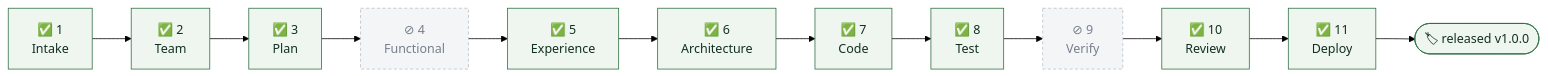
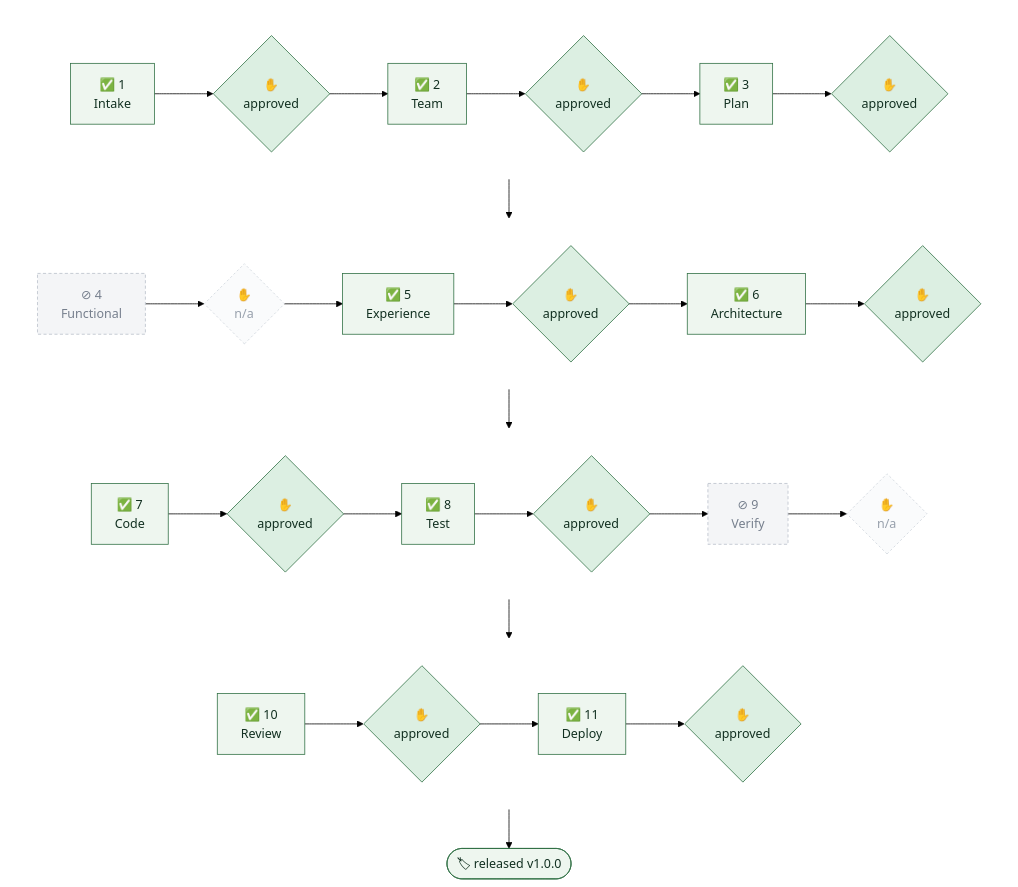
The first of 5 diagrams in admin/PORTFOLIO_STATUS.md (tandonakhil/AICluadeCode), drawn with Mermaid (forest theme) before and after one commit. The commit also changed other lines of this file and 5 other files, not shown here.

First line of the commit message:
Graph: wrap at 7 boxes, human checkpoints as activated steps, mandatory control

````diff
--- a/admin/PORTFOLIO_STATUS.md
+++ b/admin/PORTFOLIO_STATUS.md
@@ -39,13 +39,40 @@
 ```mermaid
-flowchart LR
-  G1["✅ 1<br/>Intake"] --> G2["✅ 2<br/>Team"] --> G3["✅ 3<br/>Plan"]
-  G3 --> G4["⊘ 4<br/>Functional"] --> G5["✅ 5<br/>Experience"]
-  G5 --> G6["✅ 6<br/>Architecture"] --> G7["✅ 7<br/>Code"] --> G8["✅ 8<br/>Test"]
-  G8 --> G9["⊘ 9<br/>Verify"] --> G10["✅ 10<br/>Review"] --> G11["✅ 11<br/>Deploy"]
-  G11 --> REL(["🏷 released v1.0.0"])
-
+flowchart TB
+  subgraph r1 [" "]
+    direction LR
+    G1["✅ 1<br/>Intake"] --> H1{"✋<br/>approved"} --> G2["✅ 2<br/>Team"] --> H2{"✋<br/>approved"} --> G3["✅ 3<br/>Plan"] --> H3{"✋<br/>approved"}
+  end
+  subgraph r2 [" "]
+    direction LR
+    G4["⊘ 4<br/>Functional"] --> H4{"✋<br/>n/a"} --> G5["✅ 5<br/>Experience"] --> H5{"✋<br/>approved"} --> G6["✅ 6<br/>Architecture"] --> H6{"✋<br/>approved"}
+  end
+  subgraph r3 [" "]
+    direction LR
+    G7["✅ 7<br/>Code"] --> H7{"✋<br/>approved"} --> G8["✅ 8<br/>Test"] --> H8{"✋<br/>approved"} --> G9["⊘ 9<br/>Verify"] --> H9{"✋<br/>n/a"}
+  end
+  subgraph r4 [" "]
+    direction LR
+    G10["✅ 10<br/>Review"] --> H10{"✋<br/>approved"} --> G11["✅ 11<br/>Deploy"] --> H11{"✋<br/>approved"}
+  end
+  H3 --> G4
+  H6 --> G7
+  H9 --> G10
+  H11 --> REL(["🏷 released v1.0.0"])
   classDef done    fill:#eef6ef,stroke:#2f6f43,color:#123021
+  classDef active  fill:#fff8e6,stroke:#8a6410,stroke-width:2px,color:#3d2c04
+  classDef looped  fill:#fdf0ec,stroke:#a3341f,stroke-width:2px,color:#3d1109
+  classDef warn    fill:#fff8e6,stroke:#8a6410,stroke-width:2px,color:#3d2c04
+  classDef pending fill:#f4f5f7,stroke:#b8bfc9,color:#767f8d
   classDef skipped fill:#f4f5f7,stroke:#b8bfc9,color:#767f8d,stroke-dasharray:4 3
+  classDef hdone   fill:#dcefe2,stroke:#2f6f43,color:#123021
+  classDef hwait   fill:#ffe9a8,stroke:#8a6410,stroke-width:4px,color:#3d2c04
+  classDef hpend   fill:#fafbfc,stroke:#cfd5dd,color:#98a1ad,stroke-dasharray:3 3
+  classDef hskip   fill:#fafbfc,stroke:#cfd5dd,color:#98a1ad,stroke-dasharray:3 3
+  classDef hnone   fill:#f8ded7,stroke:#a3341f,stroke-width:3px,color:#3d1109
+  classDef rowbox  fill:none,stroke:none
   class G1,G2,G3,G5,G6,G7,G8,G10,G11,REL done
+  class H1,H2,H3,H5,H6,H7,H8,H10,H11 hdone
   class G4,G9 skipped
+  class H4,H9 hskip
+  class r1,r2,r3,r4 rowbox
 ```
````
